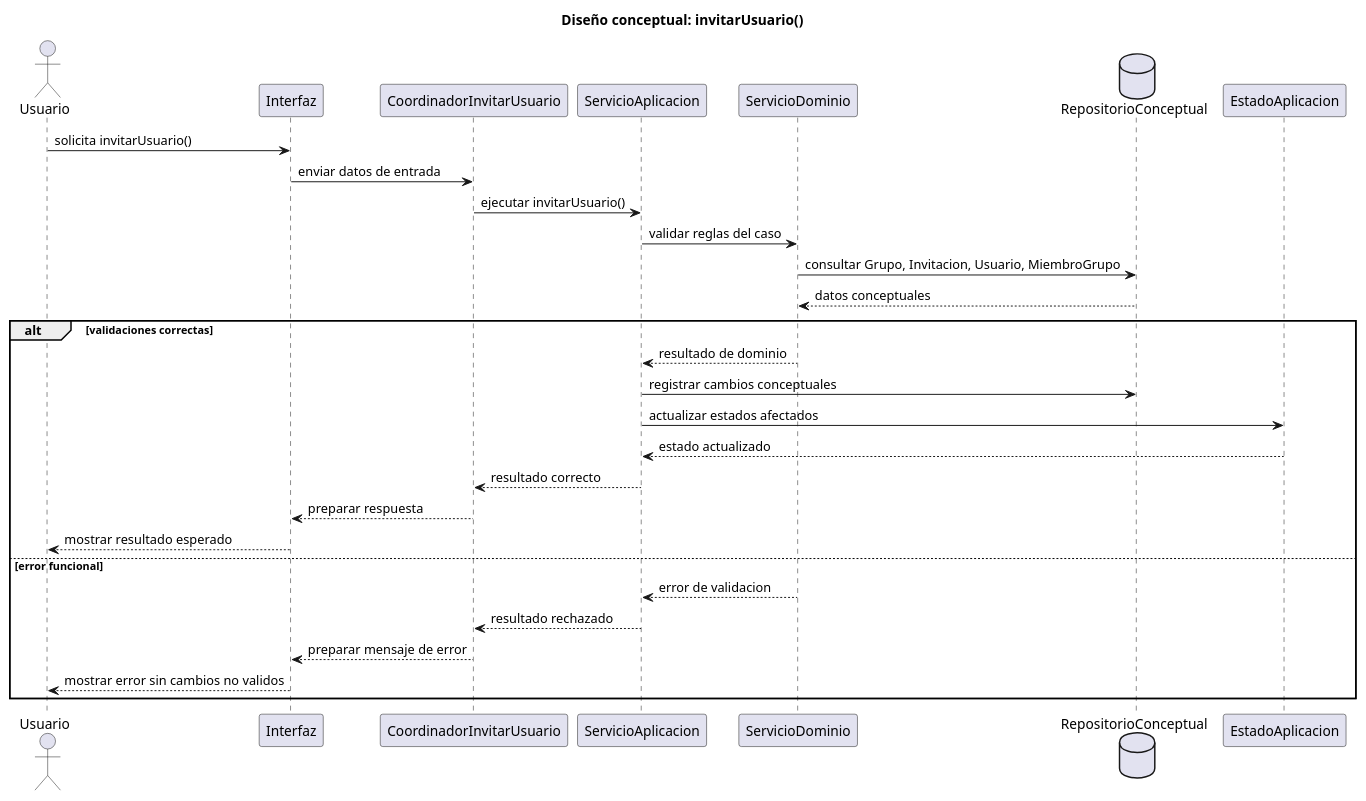
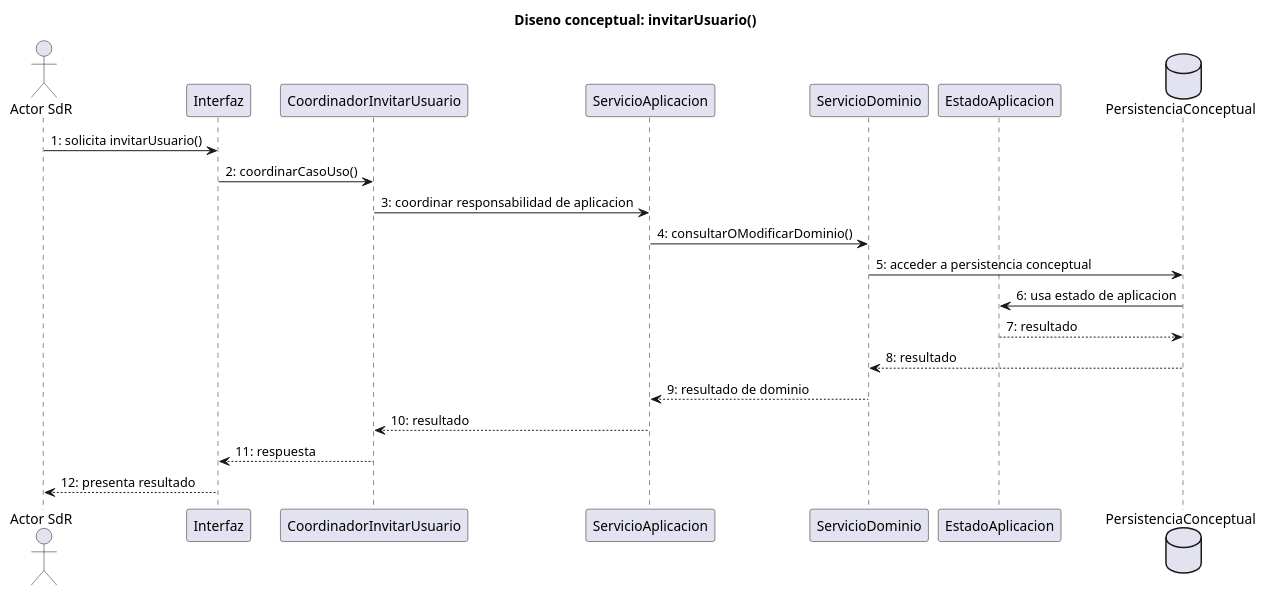
Before and after one commit to inigovaqueroo04/25-26-idsw2-sdVC: the diagram in documents/RUP/02-diseño/casos-uso/gestion-grupos/invitarUsuario/README.md, drawn with PlantUML. The commit also changed other lines of this file and 24 other files, not shown here.

Commit message:
docs: validar trazabilidad integral de diseno

````diff
--- a/documents/RUP/02-diseño/casos-uso/gestion-grupos/invitarUsuario/README.md
+++ b/documents/RUP/02-diseño/casos-uso/gestion-grupos/invitarUsuario/README.md
@@ -87,36 +85,27 @@
 ```plantuml
 @startuml invitarUsuario-diseno-secuencia
-title Diseño conceptual: invitarUsuario()
+title Diseno conceptual: invitarUsuario()
 
-actor "Usuario" as Usuario
+actor "Actor SdR" as Actor
 participant "Interfaz" as Interfaz
 participant "CoordinadorInvitarUsuario" as Coordinador
 participant "ServicioAplicacion" as ServicioAplicacion
 participant "ServicioDominio" as ServicioDominio
-database "RepositorioConceptual" as Repositorio
 participant "EstadoAplicacion" as EstadoAplicacion
+database "PersistenciaConceptual" as Persistencia
 
-Usuario -> Interfaz : solicita invitarUsuario()
-Interfaz -> Coordinador : enviar datos de entrada
-Coordinador -> ServicioAplicacion : ejecutar invitarUsuario()
-ServicioAplicacion -> ServicioDominio : validar reglas del caso
-ServicioDominio -> Repositorio : consultar Grupo, Invitacion, Usuario, MiembroGrupo
-Repositorio --> ServicioDominio : datos conceptuales
-
-alt validaciones correctas
-  ServicioDominio --> ServicioAplicacion : resultado de dominio
-  ServicioAplicacion -> Repositorio : registrar cambios conceptuales
-  ServicioAplicacion -> EstadoAplicacion : actualizar estados afectados
-  EstadoAplicacion --> ServicioAplicacion : estado actualizado
-  ServicioAplicacion --> Coordinador : resultado correcto
-  Coordinador --> Interfaz : preparar respuesta
-  Interfaz --> Usuario : mostrar resultado esperado
-else error funcional
-  ServicioDominio --> ServicioAplicacion : error de validacion
-  ServicioAplicacion --> Coordinador : resultado rechazado
-  Coordinador --> Interfaz : preparar mensaje de error
-  Interfaz --> Usuario : mostrar error sin cambios no validos
-end
+Actor -> Interfaz : 1: solicita invitarUsuario()
+Interfaz -> Coordinador : 2: coordinarCasoUso()
+Coordinador -> ServicioAplicacion : 3: coordinar responsabilidad de aplicacion
+ServicioAplicacion -> ServicioDominio : 4: consultarOModificarDominio()
+ServicioDominio -> Persistencia : 5: acceder a persistencia conceptual
+Persistencia -> EstadoAplicacion : 6: usa estado de aplicacion
+EstadoAplicacion --> Persistencia : 7: resultado
+Persistencia --> ServicioDominio : 8: resultado
+ServicioDominio --> ServicioAplicacion : 9: resultado de dominio
+ServicioAplicacion --> Coordinador : 10: resultado
+Coordinador --> Interfaz : 11: respuesta
+Interfaz --> Actor : 12: presenta resultado
 
 @enduml
 ```
````
